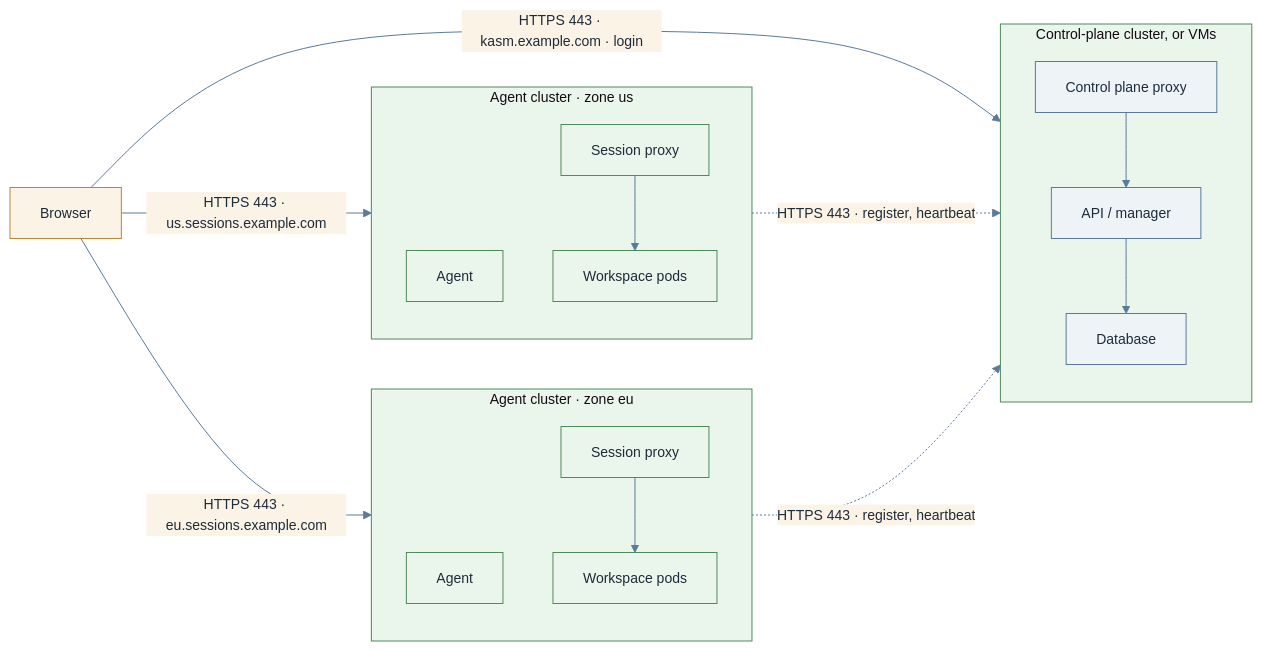
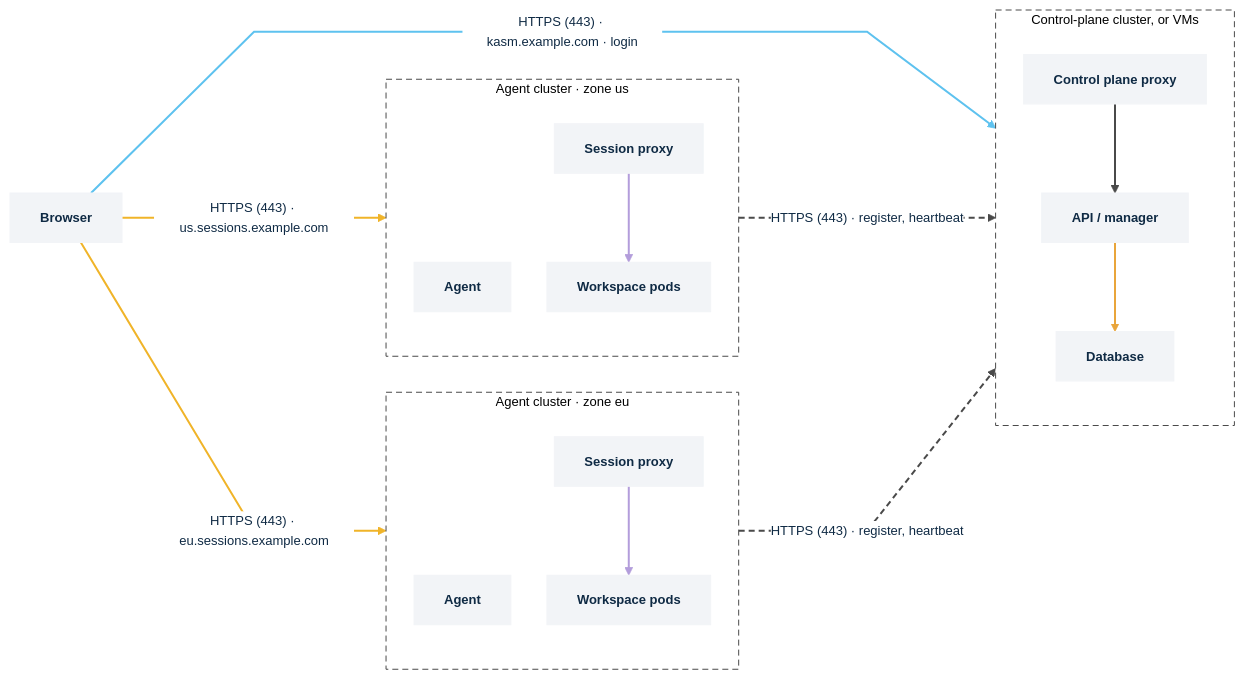
The third of 3 diagrams in docs/explanation/topologies.md (kasmtech/kasm-helm), drawn with Mermaid before and after one commit. The commit also changed other lines of this file and 35 other files, not shown here.

First line of the commit message:
Kasm diagram theme, and the operator and agent fixes verified against the dev builds

````diff
--- a/docs/explanation/topologies.md
+++ b/docs/explanation/topologies.md
@@ -134,35 +147,41 @@
 ```mermaid
-%%{init: {"theme":"base","themeVariables":{"primaryColor":"#eef3f8","primaryBorderColor":"#5b7a99","primaryTextColor":"#1d2b3a","secondaryColor":"#fbf3e6","secondaryBorderColor":"#b8863b","tertiaryColor":"#eaf5ec","tertiaryBorderColor":"#4f8a5b","lineColor":"#5b7a99","fontFamily":"Inter, Helvetica, Arial, sans-serif","fontSize":"14px"},"flowchart":{"curve":"basis","htmlLabels":true}}}%%
+%%{init: {"theme":"base","themeVariables":{"background":"#ffffff","primaryColor":"#f2f4f7","primaryBorderColor":"#f2f4f7","primaryTextColor":"#0f2a44","lineColor":"#0f2a44","clusterBkg":"#ffffff","clusterBorder":"#4a4a4a","edgeLabelBackground":"#ffffff","fontFamily":"Montserrat, Helvetica, Arial, sans-serif","fontSize":"13px"},"flowchart":{"curve":"linear","htmlLabels":true,"nodeSpacing":36,"rankSpacing":64}}}%%
 flowchart LR
-  browser["Browser"]
+  browser["Browser"]:::card
   subgraph cpc["Control-plane cluster, or VMs"]
     direction TB
-    cp["Control plane proxy"]
-    api["API / manager"]
-    db["Database"]
+    cp["Control plane proxy"]:::card
+    api["API / manager"]:::card
+    db["Database"]:::card
     cp --> api --> db
   end
   subgraph c1["Agent cluster · zone eu"]
     direction TB
-    ag1["Agent"]
-    sp1["Session proxy"]
-    ws1["Workspace pods"]
+    ag1["Agent"]:::card
+    sp1["Session proxy"]:::card
+    ws1["Workspace pods"]:::card
     sp1 --> ws1
   end
   subgraph c2["Agent cluster · zone us"]
     direction TB
-    ag2["Agent"]
-    sp2["Session proxy"]
-    ws2["Workspace pods"]
+    ag2["Agent"]:::card
+    sp2["Session proxy"]:::card
+    ws2["Workspace pods"]:::card
     sp2 --> ws2
   end
-  browser -->|"HTTPS 443 · kasm.example.com · login"| cp
-  ag1 -.->|"HTTPS 443 · register, heartbeat"| api
-  ag2 -.->|"HTTPS 443 · register, heartbeat"| api
-  browser -->|"HTTPS 443 · eu.sessions.example.com"| sp1
-  browser -->|"HTTPS 443 · us.sessions.example.com"| sp2
-  classDef agent fill:#eaf5ec,stroke:#4f8a5b
-  classDef ext fill:#fbf3e6,stroke:#b8863b
-  class ag1,sp1,ws1,ag2,sp2,ws2 agent
-  class browser ext
+  browser -->|"HTTPS (443) · kasm.example.com · login"| cp
+  ag1 -.->|"HTTPS (443) · register, heartbeat"| api
+  ag2 -.->|"HTTPS (443) · register, heartbeat"| api
+  browser -->|"HTTPS (443) · eu.sessions.example.com"| sp1
+  browser -->|"HTTPS (443) · us.sessions.example.com"| sp2
+  classDef card fill:#f2f4f7,stroke:#f2f4f7,color:#0f2a44,font-weight:600
+  style cpc fill:#ffffff,stroke:#4a4a4a,stroke-dasharray:6 4
+  style c1 fill:#ffffff,stroke:#4a4a4a,stroke-dasharray:6 4
+  style c2 fill:#ffffff,stroke:#4a4a4a,stroke-dasharray:6 4
+  linkStyle 0 stroke:#4a4a4a,stroke-width:2px
+  linkStyle 1 stroke:#e9a53b,stroke-width:2px
+  linkStyle 2,3 stroke:#b39ddb,stroke-width:2px
+  linkStyle 4 stroke:#5ec2ef,stroke-width:2px
+  linkStyle 5,6 stroke:#4a4a4a,stroke-width:2px,stroke-dasharray:6 4
+  linkStyle 7,8 stroke:#f0b429,stroke-width:2px
 ```
````
